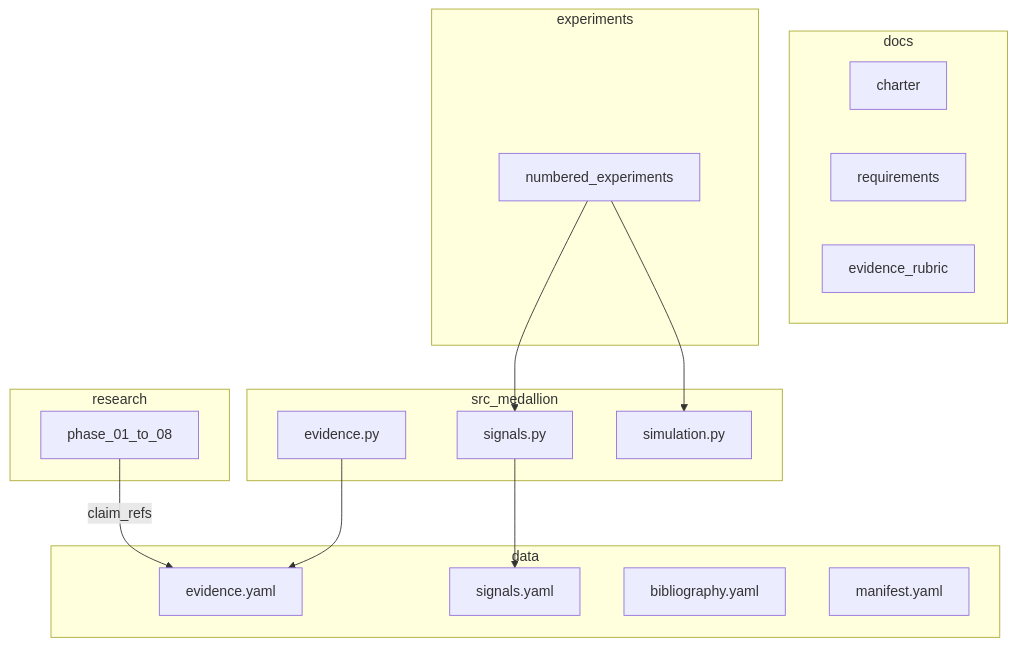
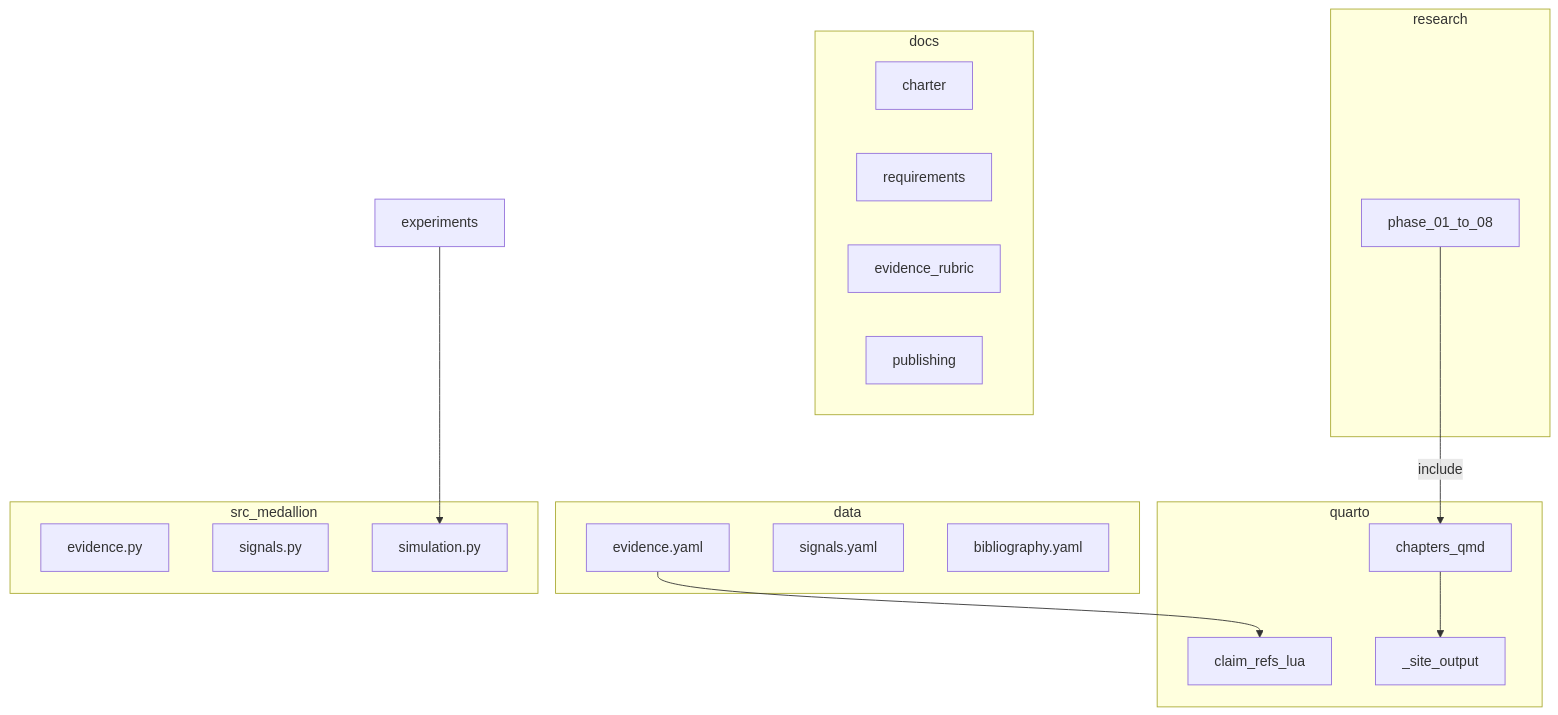
One commit to nvavrock/medallion changed the diagram in docs/architecture.md. Above: the diagram before and after it, drawn with Mermaid. The commit also changed other lines of this file and 34 other files, not shown here.

````diff
--- a/docs/architecture.md
+++ b/docs/architecture.md
@@ -7,30 +7,31 @@
 ```mermaid
 flowchart TB
   subgraph docs_layer [docs]
     Charter[charter]
     Req[requirements]
     Rubric[evidence_rubric]
+    Publishing[publishing]
   end
   subgraph data_layer [data]
     Evidence[evidence.yaml]
     Signals[signals.yaml]
     Bib[bibliography.yaml]
-    Manifest[manifest.yaml]
+  end
+  subgraph quarto_layer [quarto]
+    Qmd[chapters_qmd]
+    Filter[claim_refs_lua]
+    Site[_site_output]
   end
   subgraph code_layer [src_medallion]
     EvidenceMod[evidence.py]
     SignalsMod[signals.py]
     Sim[simulation.py]
   end
   subgraph research_layer [research]
     Phases[phase_01_to_08]
   end
-  subgraph exp_layer [experiments]
-    ExpScripts[numbered_experiments]
-  end
-  Phases -->|claim_refs| Evidence
-  ExpScripts --> SignalsMod
-  ExpScripts --> Sim
-  EvidenceMod --> Evidence
-  SignalsMod --> Signals
+  Phases -->|include| Qmd
+  Evidence --> Filter
+  Qmd --> Site
+  ExpScripts[experiments] --> Sim
 ```
````
